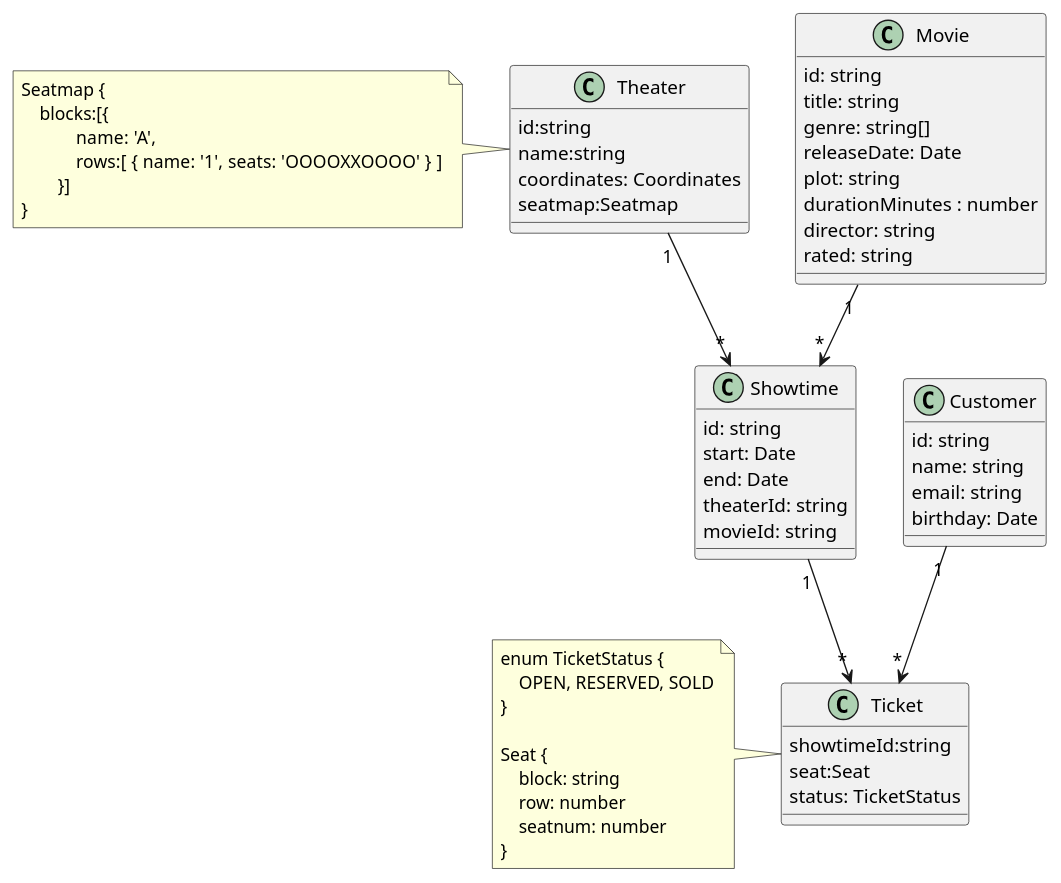
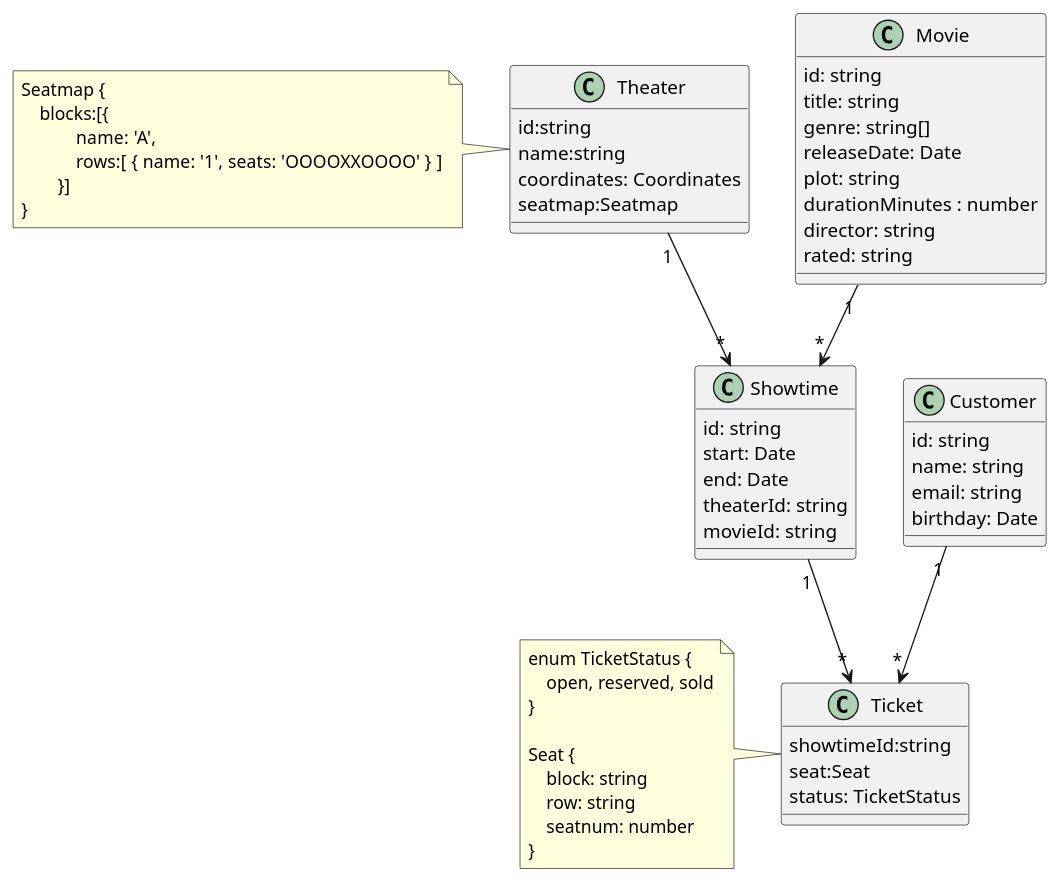
The diagram in docs/entities.md (hunjuly/nest-seed), drawn with PlantUML before and after one commit. The commit also changed 26 other files, not shown here.

````diff
--- a/docs/entities.md
+++ b/docs/entities.md
@@ -19,67 +19,67 @@
 ```plantuml
 @startuml
 class Customer {
     id: string
     name: string
     email: string
     birthday: Date
 }
 
 class Movie {
     id: string
     title: string
     genre: string[]
     releaseDate: Date
     plot: string
     durationMinutes : number
     director: string
     rated: string
 }
 
 class Theater{
     id:string
     name:string
     coordinates: Coordinates
     seatmap:Seatmap
 }
 note left
 Seatmap {
     blocks:[{
             name: 'A',
             rows:[ {  name: '1', seats: 'OOOOXXOOOO' } ]
         }]
 }
 end note
 
 class Showtime {
     id: string
     start: Date
     end: Date
     theaterId: string
     movieId: string
 }
 
-class Ticket{
+class Ticket {
     showtimeId:string
     seat:Seat
     status: TicketStatus
 }
 
 note left
 enum TicketStatus {
-    OPEN, RESERVED, SOLD
+    open, reserved, sold
 }
 
 Seat {
     block: string
-    row: number
+    row: string
     seatnum: number
 }
 end note
 
 Showtime "1" --> "*" Ticket
 Movie "1" --> "*" Showtime
 Theater "1" --> "*" Showtime
 Customer "1" --> "*" Ticket
 @enduml
 ```
````
